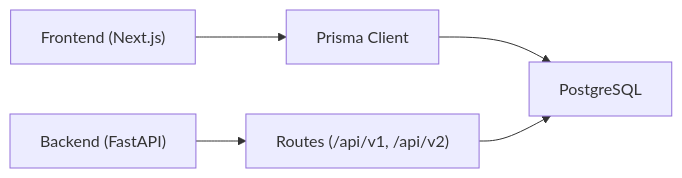
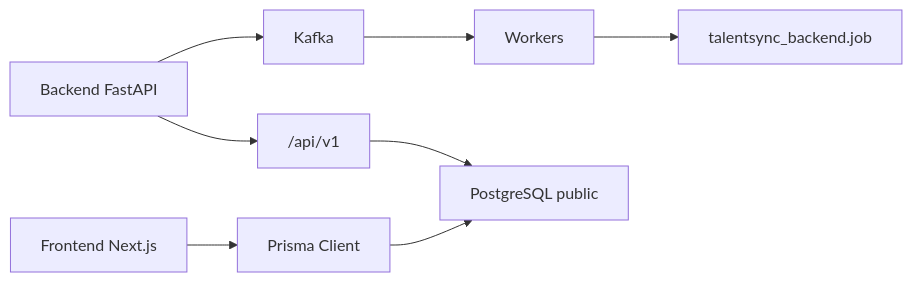
Before and after one commit to tashifkhan/tashif.codes: the eighth of 8 diagrams in src/data/docs/talentsync/Getting Started.md, drawn with Mermaid. The commit also changed other lines of this file and 2128 other files, not shown here.

First line of the commit message:
docs: replace raster diagram images with native Mermaid across project guides

````diff
--- a/src/data/docs/talentsync/Getting Started.md
+++ b/src/data/docs/talentsync/Getting Started.md
@@ -222,7 +285,10 @@
 ```mermaid
 graph LR
-BE["Backend (FastAPI)"] --> Routes["Routes (/api/v1, /api/v2)"]
-FE["Frontend (Next.js)"] --> Prisma["Prisma Client"]
-Prisma --> DB["PostgreSQL"]
+BE["Backend FastAPI"] --> Routes["/api/v1"]
+BE --> K["Kafka"]
+K --> W["Workers"]
+FE["Frontend Next.js"] --> Prisma["Prisma Client"]
+Prisma --> DB["PostgreSQL public"]
 Routes --> DB
+W --> Jobs["talentsync_backend.job"]
 ```
````
